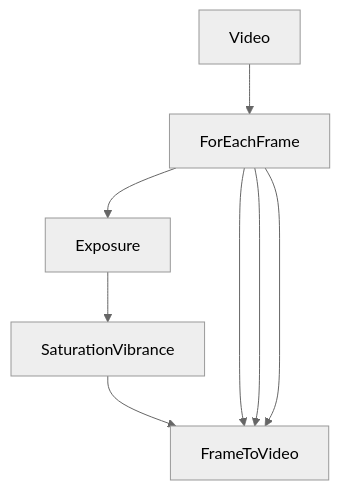
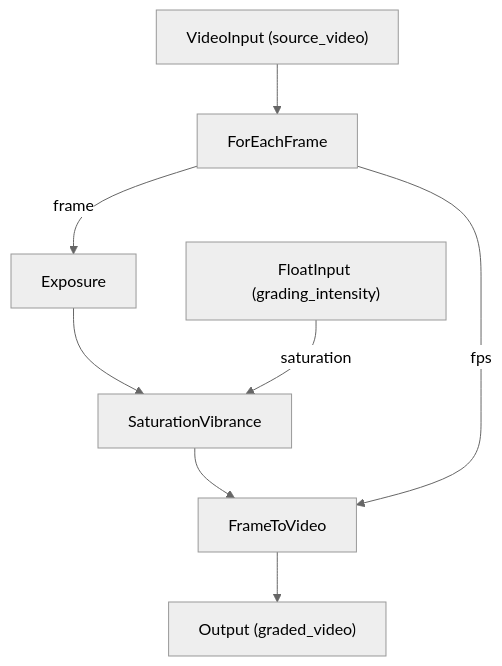
The diagram in docs/workflows/color-boost-video.md (nodetool-ai/nodetool), drawn with Mermaid (neutral theme) before and after one commit. The commit also changed other lines of this file and 118 other files, not shown here.

```diff
--- a/docs/workflows/color-boost-video.md
+++ b/docs/workflows/color-boost-video.md
@@ -27,15 +28,17 @@
 {% mermaid %}
 graph TD
-  video_7074f1["Video"]
-  foreachframe_abb8ee["ForEachFrame"]
-  exposure_b14f76["Exposure"]
-  saturation_b14f77["SaturationVibrance"]
-  frametovideo_4ca887["FrameToVideo"]
-  video_7074f1 --> foreachframe_abb8ee
-  foreachframe_abb8ee --> exposure_b14f76
-  exposure_b14f76 --> saturation_b14f77
-  saturation_b14f77 --> frametovideo_4ca887
-  foreachframe_abb8ee --> frametovideo_4ca887
-  foreachframe_abb8ee --> frametovideo_4ca887
-  foreachframe_abb8ee --> frametovideo_4ca887
+  video["VideoInput (source_video)"]
+  intensity["FloatInput (grading_intensity)"]
+  frames["ForEachFrame"]
+  exposure["Exposure"]
+  saturation["SaturationVibrance"]
+  assemble["FrameToVideo"]
+  out["Output (graded_video)"]
+  video --> frames
+  frames -->|frame| exposure
+  exposure --> saturation
+  intensity -->|saturation| saturation
+  saturation --> assemble
+  frames -->|fps| assemble
+  assemble --> out
 {% endmermaid %}
```
